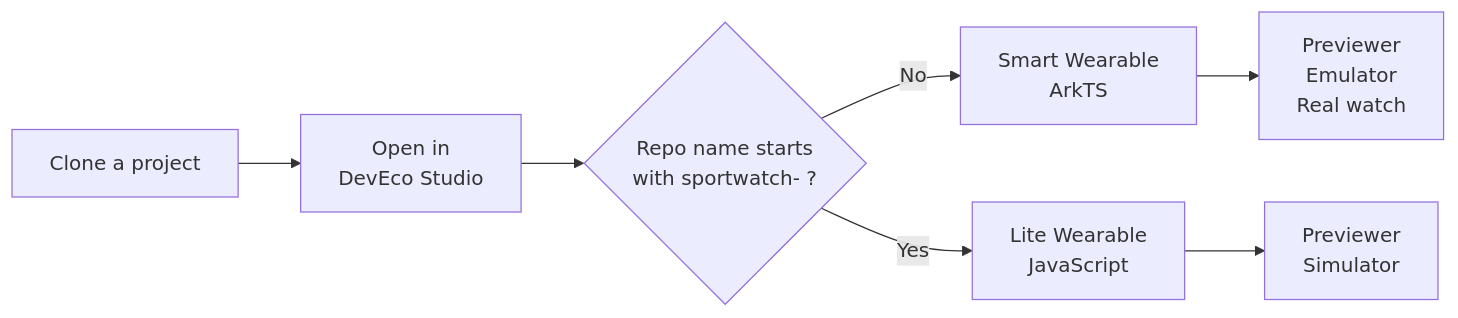
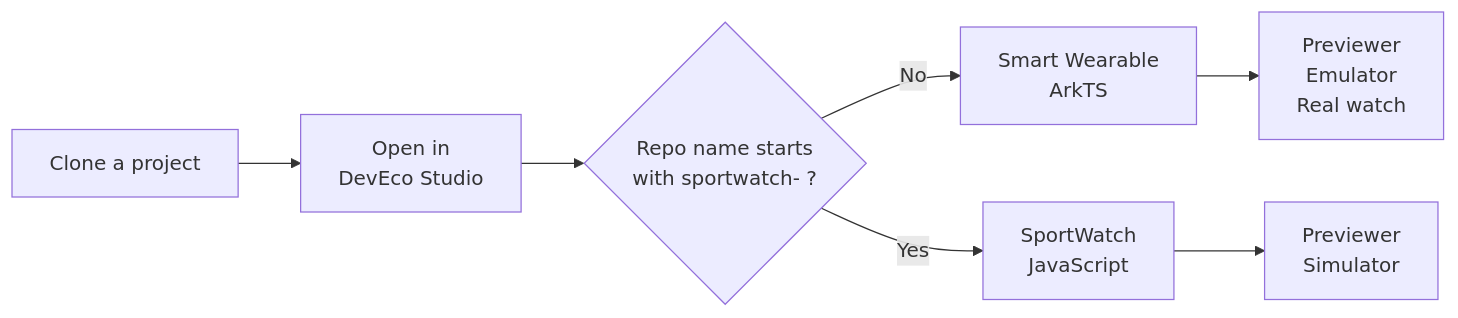
The diagram in README.md (Explore-In-HMOS/hmos-index), drawn with Mermaid before and after one commit. The commit also changed other lines of this file and 6 other files, not shown here.

Commit message:
Use SportWatch naming

````diff
--- a/README.md
+++ b/README.md
@@ -32,9 +32,9 @@
 ```mermaid
 flowchart LR
     A["Clone a project"] --> B["Open in<br/>DevEco Studio"]
     B --> C{"Repo name starts<br/>with sportwatch- ?"}
     C -->|"No"| D["Smart Wearable<br/>ArkTS"]
-    C -->|"Yes"| E["Lite Wearable<br/>JavaScript"]
+    C -->|"Yes"| E["SportWatch<br/>JavaScript"]
     D --> F["Previewer<br/>Emulator<br/>Real watch"]
     E --> G["Previewer<br/>Simulator"]
 ```
````
